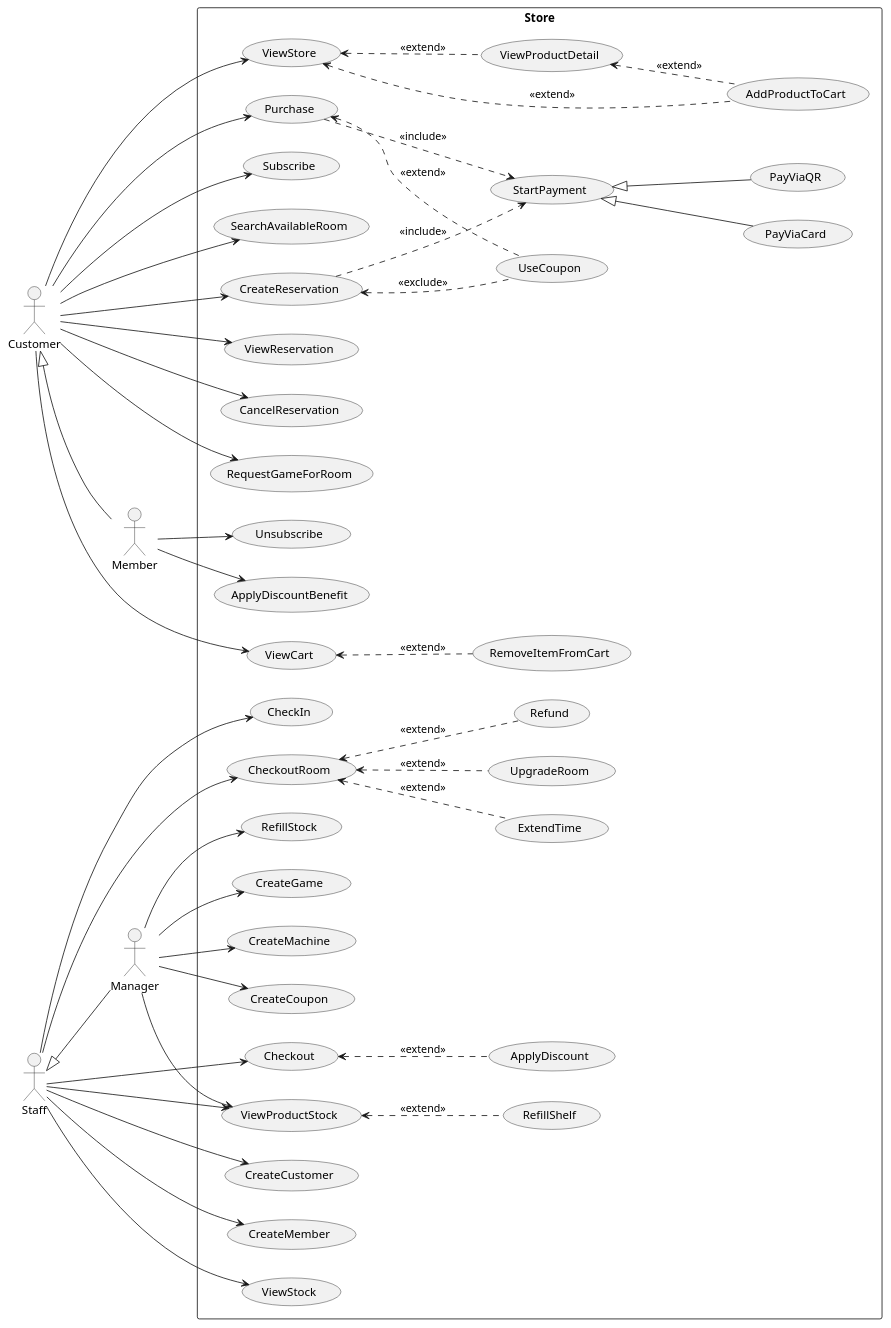
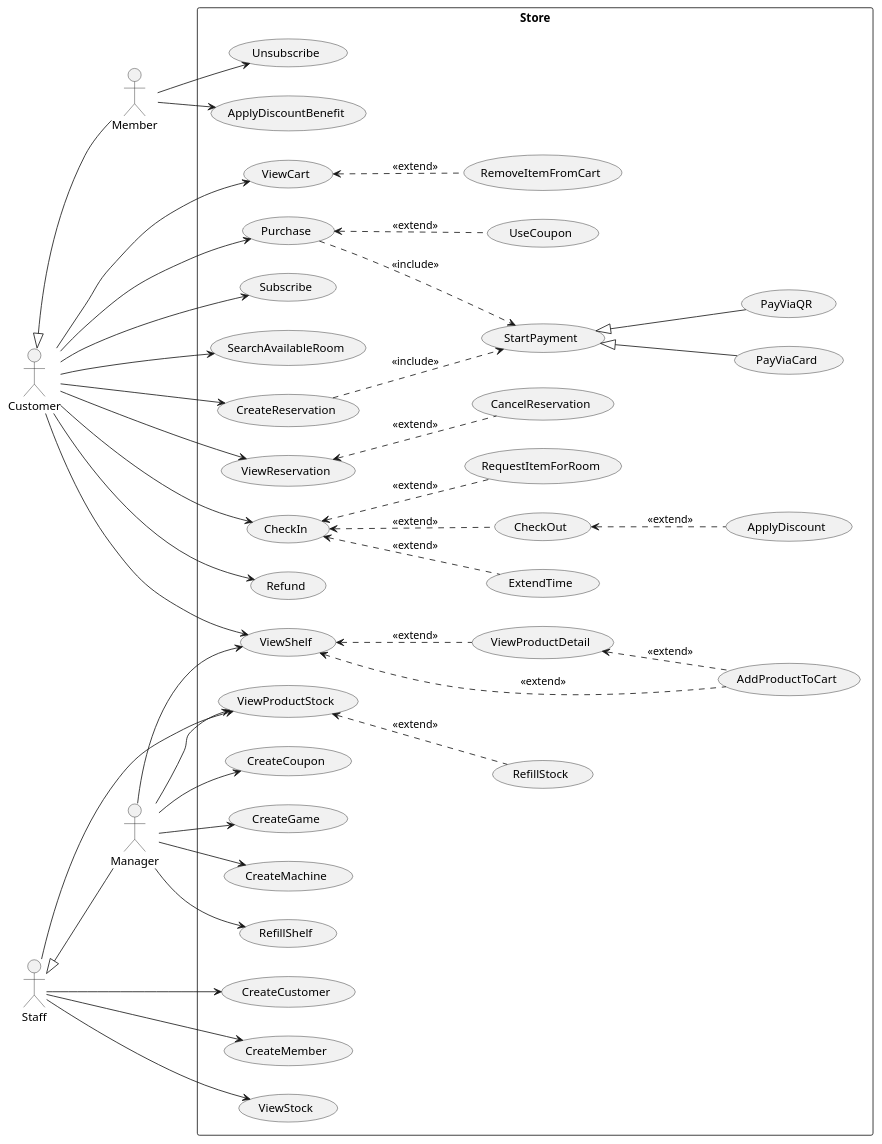
Before and after one commit to WaroonRagwongsiri/OOP_Project: the diagram in UseCaseDiagram/usecase_diagram.puml, drawn with PlantUML.

Commit message:
Update Usecase Diagram

```diff
--- a/UseCaseDiagram/usecase_diagram.puml
+++ b/UseCaseDiagram/usecase_diagram.puml
@@ -1,121 +1,118 @@
 @startuml UseCaseDiagram
 left to right direction
 
 ' =========================
 ' Actors (from hierarchy in Class Diagram)
 ' =========================
 actor "Customer" as A_Customer
 actor "Member" as A_Member
 actor "Staff" as A_Staff
 actor "Manager" as A_Manager
 
 A_Customer <|-- A_Member
 A_Staff <|-- A_Manager
 
 rectangle "Store" {
 
 	'Customer'
 	usecase "AddProductToCart" as UC_AddProductToCart
 	usecase "ViewCart" as UC_ViewCart
 	usecase "RemoveItemFromCart" as UC_RemoveItemFromCart
-	usecase "ViewStore" as UC_ViewStore
+	usecase "ViewShelf" as UC_ViewShelf
 	usecase "ViewProductDetail" as UC_ViewProductDetail
 	usecase "Purchase" as UC_Purchase
 	usecase "UseCoupon" as UC_UseCoupon
 	usecase "Subscribe" as UC_Subscribe
 
 	'Payment'
 	usecase "StartPayment" as UC_StartPayment
 	usecase "PayViaCard" as UC_PayViaCard
 	usecase "PayViaQR" as UC_PayViaQR
 
 	'Member'
 	usecase "ApplyDiscountBenefit" as UC_ApplyDiscountBenefit
 	usecase "Unsubscribe" as UC_Unsubscribe
 
 	'Staff'
-	usecase "Checkout" as UC_Checkout
 	usecase "ApplyDiscount" as UC_ApplyDiscount
 	usecase "CreateCustomer" as UC_CreateCustomer
 	usecase "CreateMember" as UC_CreateMember
 
 	'Manager'
 	usecase "CreateGame" as UC_CreateGame
 	usecase "CreateMachine" as UC_CreateMachine
 	usecase "ViewProductStock" as UC_ViewProductStock
 	usecase "RefillShelf" as UC_RefillShelf
 	usecase "CreateCoupon" as UC_CreateCoupon
 	usecase "RefillStock" as UC_RefillStock
 	usecase "ViewStock" as UC_ViewStock
 
 	'Room Reservation'
 	usecase "SearchAvailableRoom" as UC_SearchAvailableRoom
 	usecase "CreateReservation" as UC_CreateReservation
 	usecase "ViewReservation" as UC_ViewReservation
 	usecase "CancelReservation" as UC_CancelReservation
 	usecase "CheckIn" as UC_CheckIn
 	usecase "ExtendTime" as UC_ExtendTime
-	usecase "UpgradeRoom" as UC_UpgradeRoom
-	usecase "CheckoutRoom" as UC_CheckoutRoom
+	usecase "CheckOut" as UC_CheckOut
 	usecase "Refund" as UC_Refund
-	usecase "RequestGameForRoom" as UC_RequestGameForRoom
+	usecase "RequestItemForRoom" as UC_RequestItemForRoom
 }
 
 'Customer'
 A_Customer --> UC_ViewCart
-A_Customer --> UC_ViewStore
 A_Customer --> UC_Purchase
 A_Customer --> UC_Subscribe
-A_Customer --> UC_RequestGameForRoom
+A_Customer --> UC_CheckIn
+A_Customer --> UC_ViewShelf
+A_Customer --> UC_Refund
 
-UC_ViewStore <.. UC_AddProductToCart : <<extend>>
-UC_ViewStore <.. UC_ViewProductDetail : <<extend>>
+UC_ViewShelf <.. UC_AddProductToCart : <<extend>>
+UC_ViewShelf <.. UC_ViewProductDetail : <<extend>>
 
 UC_ViewProductDetail <.. UC_AddProductToCart : <<extend>>
 
 UC_ViewCart <.. UC_RemoveItemFromCart : <<extend>>
 
 UC_Purchase <.. UC_UseCoupon : <<extend>>
 UC_Purchase ..> UC_StartPayment : <<include>>
 
 'Payment'
 UC_StartPayment <|-- UC_PayViaCard
 UC_StartPayment <|-- UC_PayViaQR
 
 'Member'
 A_Member --> UC_ApplyDiscountBenefit
 A_Member --> UC_Unsubscribe
 
 'Staff'
-A_Staff --> UC_Checkout
 A_Staff --> UC_ViewProductStock
 A_Staff --> UC_CreateCustomer
 A_Staff --> UC_CreateMember
-A_Staff --> UC_CheckIn
-A_Staff --> UC_CheckoutRoom
 A_Staff --> UC_ViewStock
 
-UC_CheckoutRoom <.. UC_Refund : <<extend>>
-UC_CheckoutRoom <.. UC_ExtendTime : <<extend>>
-UC_CheckoutRoom <.. UC_UpgradeRoom : <<extend>>
+UC_CheckIn <.. UC_ExtendTime : <<extend>>
+UC_CheckIn <.. UC_RequestItemForRoom : <<extend>>
+UC_CheckIn <.. UC_CheckOut : <<extend>>
 
-UC_Checkout <.. UC_ApplyDiscount : <<extend>>
-UC_ViewProductStock <.. UC_RefillShelf : <<extend>>
+UC_CheckOut <.. UC_ApplyDiscount : <<extend>>
+UC_ViewProductStock <.. UC_RefillStock : <<extend>>
 
 'Manager'
 A_Manager --> UC_CreateCoupon
 A_Manager --> UC_ViewProductStock
 A_Manager --> UC_CreateGame
 A_Manager --> UC_CreateMachine
-A_Manager --> UC_RefillStock
+A_Manager --> UC_ViewShelf
+A_Manager --> UC_RefillShelf
 
 'Customer / Member Reservation
 A_Customer --> UC_SearchAvailableRoom
 A_Customer --> UC_CreateReservation
 A_Customer --> UC_ViewReservation
-A_Customer --> UC_CancelReservation
+
+UC_ViewReservation <.. UC_CancelReservation : <<extend>>
 
 UC_CreateReservation ..> UC_StartPayment : <<include>>
-UC_CreateReservation <.. UC_UseCoupon : <<exclude>>
 
 @enduml
```
